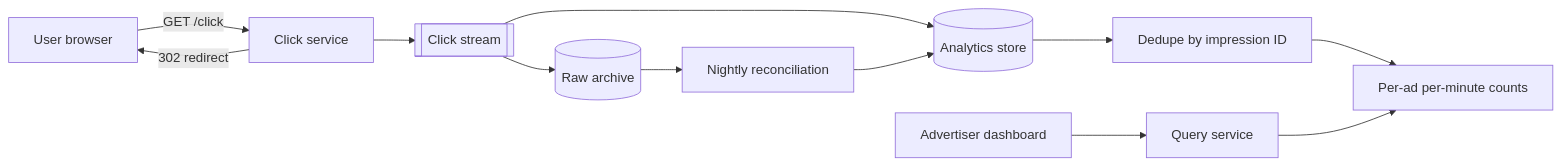
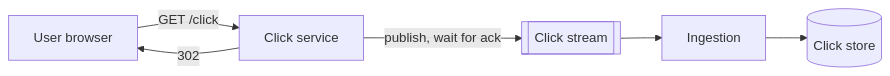
One commit to spabolu/system-design-modern changed the fourth of 10 diagrams in docs/06-case-studies/ad-click-aggregator.md. Above: the diagram before and after it, drawn with Mermaid. The commit also changed other lines of this file, not shown here.

````diff
--- a/docs/06-case-studies/ad-click-aggregator.md
+++ b/docs/06-case-studies/ad-click-aggregator.md
@@ -66,14 +212,8 @@
 ```mermaid
 flowchart LR
   U[User browser] -->|"GET /click"| CS[Click service]
-  CS -->|"302 redirect"| U
-  CS --> ST[[Click stream]]
-  ST --> OLAP[(Analytics store)]
-  ST --> RAW[(Raw archive)]
-  OLAP --> DD["Dedupe by impression ID"]
-  DD --> AGG["Per-ad per-minute counts"]
-  ADV[Advertiser dashboard] --> QS[Query service]
-  QS --> AGG
-  RAW --> REC["Nightly reconciliation"]
-  REC --> OLAP
+  CS -->|"publish, wait for ack"| ST[["Click stream"]]
+  CS -->|"302"| U
+  ST --> Ing[Ingestion]
+  Ing --> DB[("Click store")]
 ```
````
